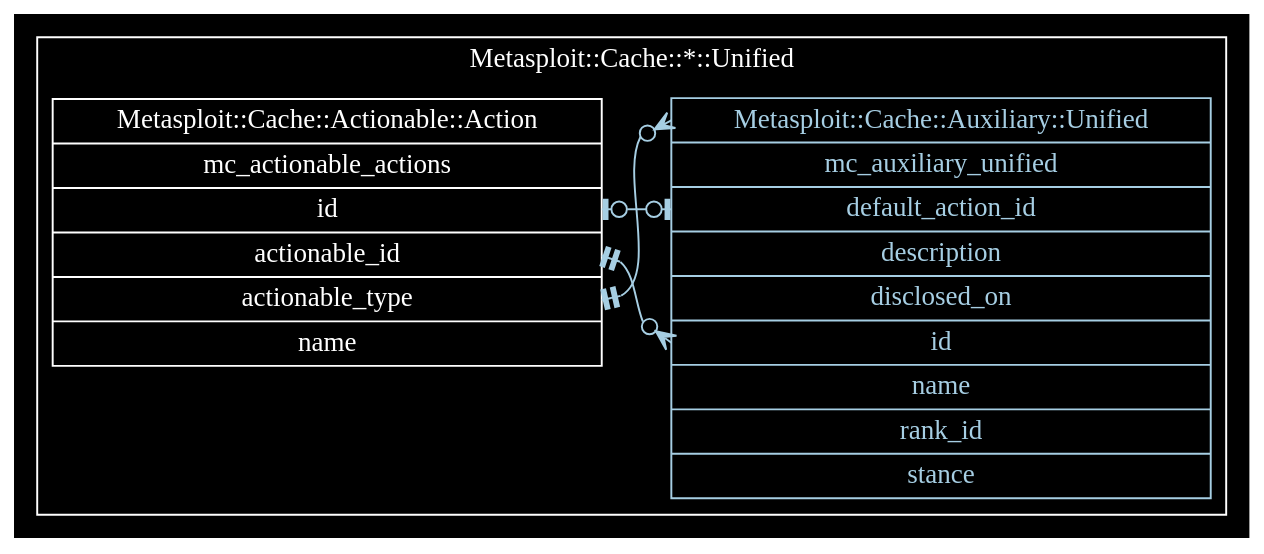
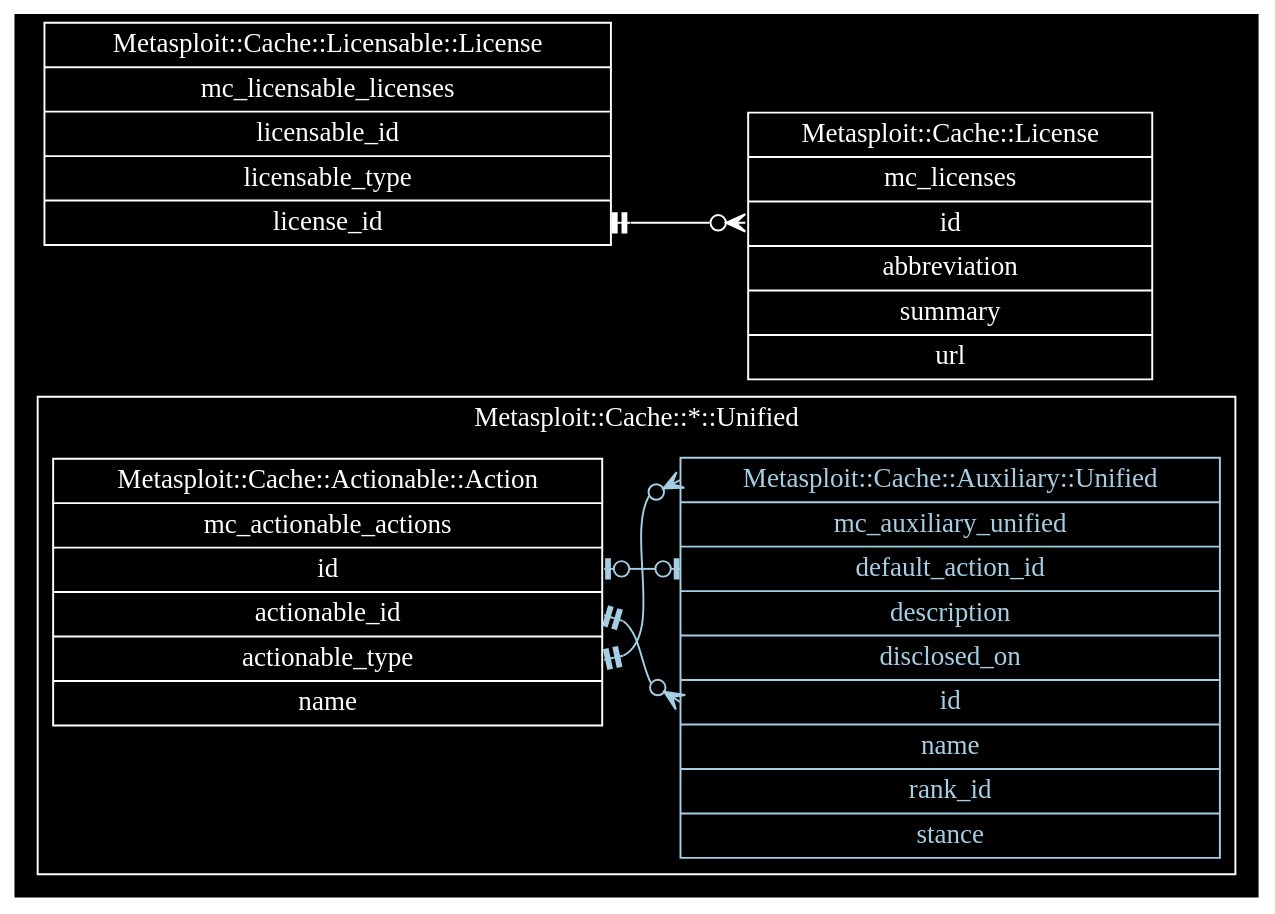
The diagram in docs/metasploit-cache-read.dot (rapid7/metasploit-cache), drawn with Graphviz before and after one commit.

Commit message:
Licensable::License + License to read model
MSP-12192

```diff
--- a/docs/metasploit-cache-read.dot
+++ b/docs/metasploit-cache-read.dot
@@ -1,52 +1,67 @@
 digraph "Metasploit::Cache Read Model" {
   edge [
     color = "white"
     fontcolor = "white"
   ]
   graph [
     bgcolor = "black"
     rankdir = "LR"
   ]
   node [
     color = "white"
     fontcolor = "white"
     shape = "record"
   ]
 
   "Metasploit::Cache::Actionable::Action" [
     label = "Metasploit::Cache::Actionable::Action | mc_actionable_actions | <id>id | <actionable_id>actionable_id | <actionable_type>actionable_type | name"
   ]
 
   "Metasploit::Cache::Actionable::Action":actionable_id -> "Metasploit::Cache::Auxiliary::Unified":id_for_actionable_id [
     arrowhead = "crowodot"
     arrowtail = "teetee"
     color = "/paired9/1"
     dir = "both"
   ]
 
   "Metasploit::Cache::Actionable::Action":actionable_type -> "Metasploit::Cache::Auxiliary::Unified":type_for_actionable_type [
     arrowhead = "crowodot"
     arrowtail = "teetee"
     color = "/paired9/1"
     dir = "both"
   ]
 
+
+  "Metasploit::Cache::License" [
+    label = "Metasploit::Cache::License | mc_licenses | <id>id | abbreviation | summary | url"
+  ]
+
+  "Metasploit::Cache::Licensable::License" [
+    label = "Metasploit::Cache::Licensable::License | mc_licensable_licenses | <licensable_id>licensable_id | <licensable_type>licensable_type | <license_id>license_id"
+  ]
+
+  "Metasploit::Cache::Licensable::License":license_id -> "Metasploit::Cache::License":id [
+    arrowhead = "crowodot"
+    arrowtail = "teetee"
+    dir = "both"
+  ]
+
   subgraph cluster_metasploit_cache_unified {
     color = "white"
     fontcolor = "white"
     label = "Metasploit::Cache::*::Unified"
 
     "Metasploit::Cache::Auxiliary::Unified" [
       color = "/paired9/1"
       fontcolor = "/paired9/1"
       label = "<type_for_actionable_type>Metasploit::Cache::Auxiliary::Unified | mc_auxiliary_unified | <default_action_id>default_action_id | description | disclosed_on | <id_for_actionable_id>id | name | rank_id | stance"
     ]
 
     "Metasploit::Cache::Auxiliary::Unified":default_action_id -> "Metasploit::Cache::Actionable::Action":id [
       arrowhead = "teeodot"
       arrowtail = "teeodot"
       color = "/paired9/1"
       dir = "both"
     ]
   }
 }
```
